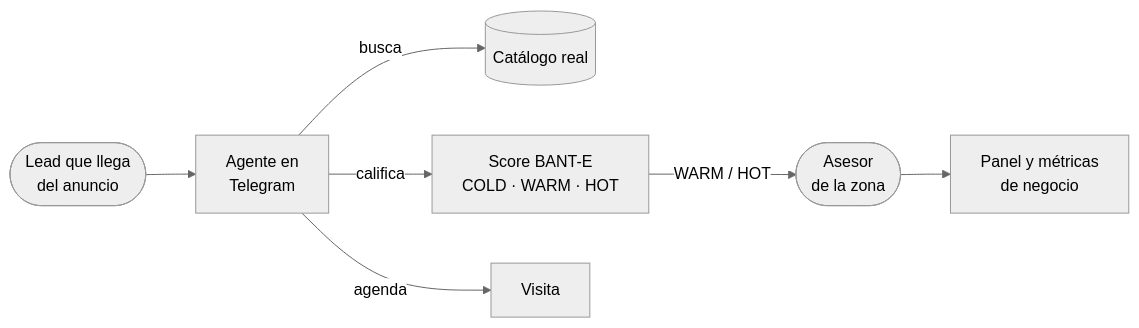
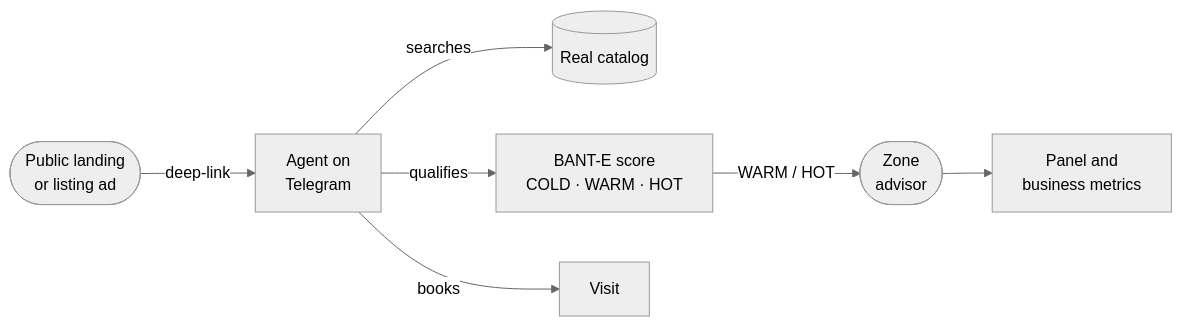
The first of 3 diagrams in slides/slides.md (softserve-leads-inmobiliaria/SoftServe-Agente-Lead-Inmobiliaro), drawn with Mermaid (neutral theme) before and after one commit. The commit also changed other lines of this file and 6 other files, not shown here.

````diff
--- a/slides/slides.md
+++ b/slides/slides.md
@@ -69,9 +69,9 @@
-```mermaid {scale: 0.72}
+```mermaid {scale: 0.6}
 flowchart LR
-    L([Lead que llega<br/>del anuncio]) --> AG[Agente en<br/>Telegram]
-    AG -->|busca| CAT[(Catálogo real)]
-    AG -->|califica| SC[Score BANT-E<br/>COLD · WARM · HOT]
-    AG -->|agenda| VIS[Visita]
-    SC -->|WARM / HOT| ADV([Asesor<br/>de la zona])
-    ADV --> N[Panel y métricas<br/>de negocio]
+    LAND([Public landing<br/>or listing ad]) -->|deep-link| AG[Agent on<br/>Telegram]
+    AG -->|searches| CAT[(Real catalog)]
+    AG -->|qualifies| SC[BANT-E score<br/>COLD · WARM · HOT]
+    AG -->|books| VIS[Visit]
+    SC -->|WARM / HOT| ADV([Zone<br/>advisor])
+    ADV --> N[Panel and<br/>business metrics]
 ```
````
